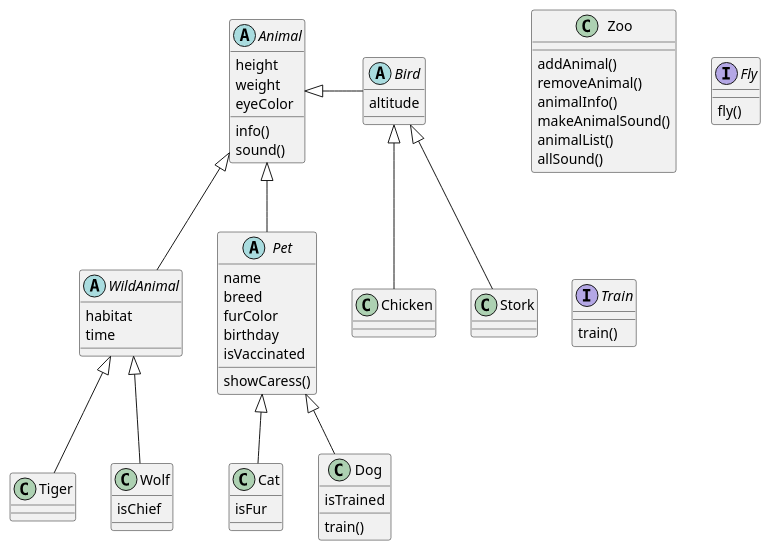
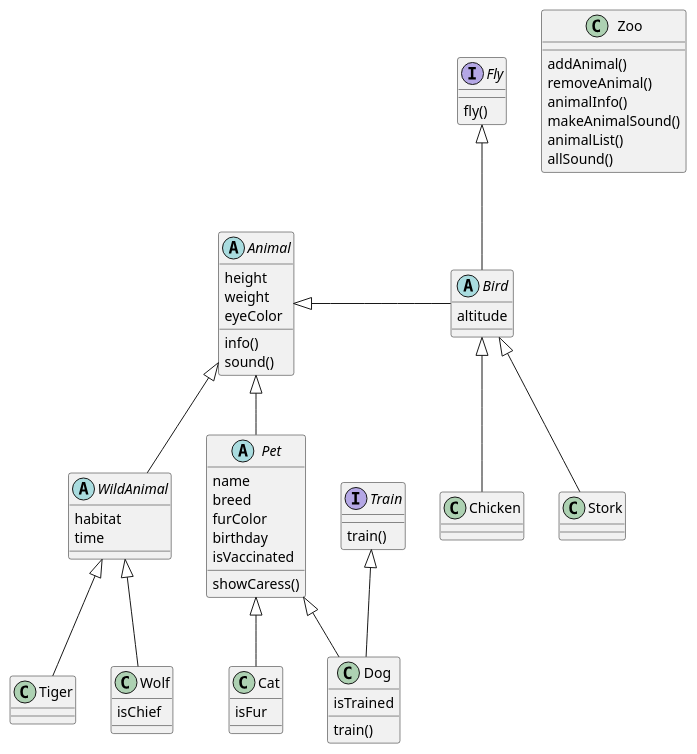
One commit to kabal375/gb-java-learning changed the diagram in gb_oop/src/gb/interfaces/animals/animals.puml. Above: the diagram before and after it, drawn with PlantUML. The commit also changed 13 other files, not shown here.

```diff
--- a/gb_oop/src/gb/interfaces/animals/animals.puml
+++ b/gb_oop/src/gb/interfaces/animals/animals.puml
@@ -1,73 +1,68 @@
 @startuml
 'https://plantuml.com/class-diagram
 
 abstract class Animal {
 height
 weight
 eyeColor
 info()
 sound()
 }
 abstract class WildAnimal {
  habitat
  time
 }
 abstract class Pet {
 name
 breed
 furColor
 birthday
 isVaccinated
 showCaress()
 }
 abstract class Bird {
 altitude
 }
-'interface Collection
 
 Animal <|-- WildAnimal
 Animal <|-- Pet
 Animal <|- Bird
 
 WildAnimal <|-- Tiger
 WildAnimal <|-- Wolf
 Pet <|-- Cat
 Pet <|-- Dog
 Bird <|-- Chicken
 Bird <|-- Stork
+Train <|-- Dog
+Fly <|-- Bird
 
 class Tiger {
 }
 class Cat {
 isFur
 }
 class Dog {
 isTrained
 train()
 }
 class Wolf {
 isChief
 }
 
 class Zoo {
 addAnimal()
 removeAnimal()
 animalInfo()
 makeAnimalSound()
 animalList()
 allSound()
 }
 
-
-'enum TimeUnit {
-'DAYS
-'HOURS
-'MINUTES
-'}
 interface Fly {
 fly()
 }
 interface Train {
 train()
 }
 @enduml
```
